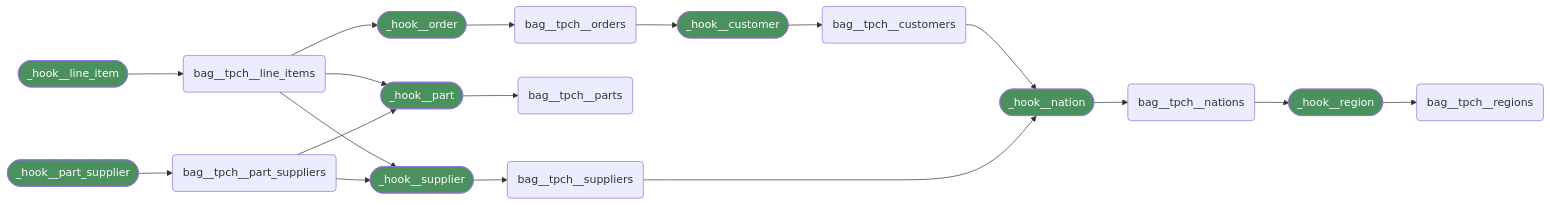
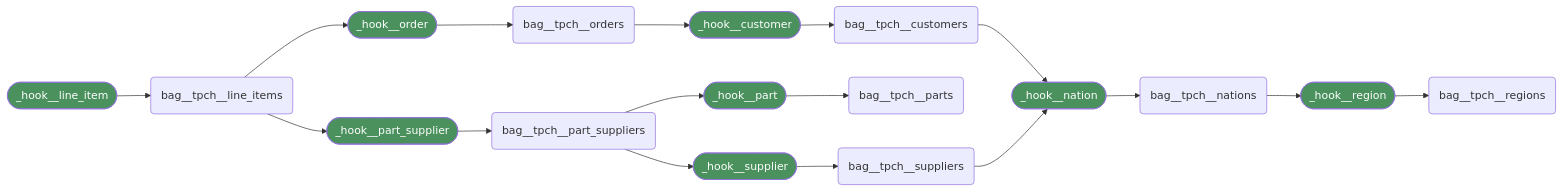
Before and after one commit to mattiasthalen/tpch: the third of 4 diagrams in README.md, drawn with Mermaid. The commit also changed other lines of this file and 2 other files, not shown here.

Commit message:
Correct line item relation

````diff
--- a/README.md
+++ b/README.md
@@ -230,47 +229,46 @@
 ```mermaid
 flowchart LR
     %% Bags
     bag__tpch__customers("bag__tpch__customers")
     bag__tpch__nations("bag__tpch__nations")
     bag__tpch__line_items("bag__tpch__line_items")
     bag__tpch__orders("bag__tpch__orders")
     bag__tpch__part_suppliers("bag__tpch__part_suppliers")
     bag__tpch__parts("bag__tpch__parts")
     bag__tpch__regions("bag__tpch__regions")
     bag__tpch__suppliers("bag__tpch__suppliers")
 
     %% Hooks
     _hook__order(["_hook__order"]):::hook
     _hook__customer(["_hook__customer"]):::hook
     _hook__part(["_hook__part"]):::hook
     _hook__supplier(["_hook__supplier"]):::hook
     _hook__region(["_hook__region"]):::hook
     _hook__nation(["_hook__nation"]):::hook
     _hook__line_item(["_hook__line_item"]):::hook
     _hook__part_supplier(["_hook__part_supplier"]):::hook
 
     %% Relations
     _hook__line_item --> bag__tpch__line_items
 
     bag__tpch__line_items --> _hook__order
     _hook__order --> bag__tpch__orders
     bag__tpch__orders --> _hook__customer
     _hook__customer --> bag__tpch__customers
     bag__tpch__customers --> _hook__nation
     _hook__nation --> bag__tpch__nations
     bag__tpch__nations --> _hook__region
     _hook__region --> bag__tpch__regions
 
-    bag__tpch__line_items -->_hook__part
-    _hook__part --> bag__tpch__parts
-
-    bag__tpch__line_items --> _hook__supplier
-    _hook__supplier --> bag__tpch__suppliers
-    bag__tpch__suppliers --> _hook__nation
-
+    bag__tpch__line_items -->_hook__part_supplier
     _hook__part_supplier --> bag__tpch__part_suppliers
     bag__tpch__part_suppliers --> _hook__supplier
     bag__tpch__part_suppliers --> _hook__part
 
+    _hook__supplier --> bag__tpch__suppliers
+    _hook__part --> bag__tpch__parts
+
+    bag__tpch__suppliers --> _hook__nation
+
     classDef hook fill:#4A915E,color:white
 ```
````
